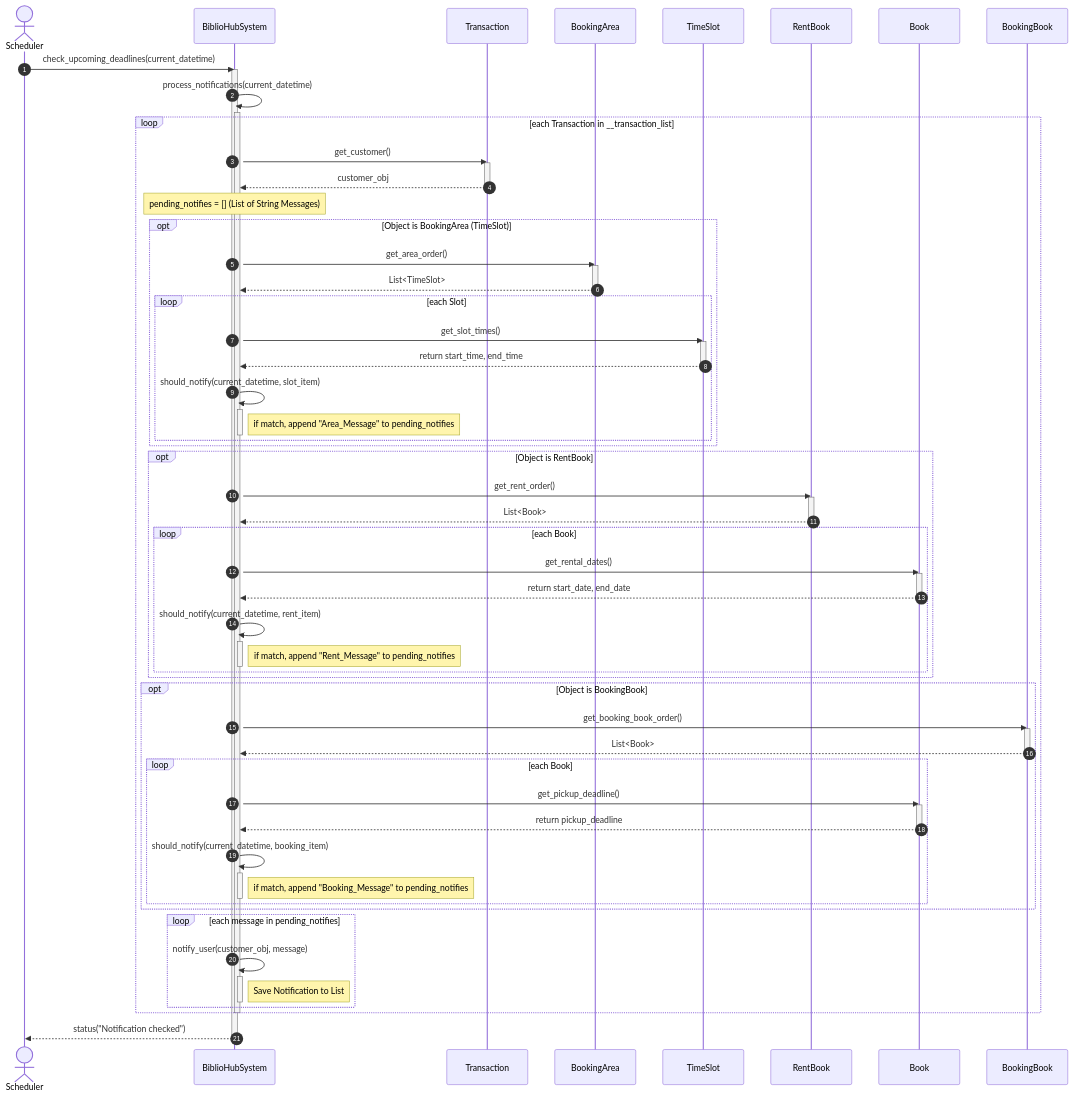
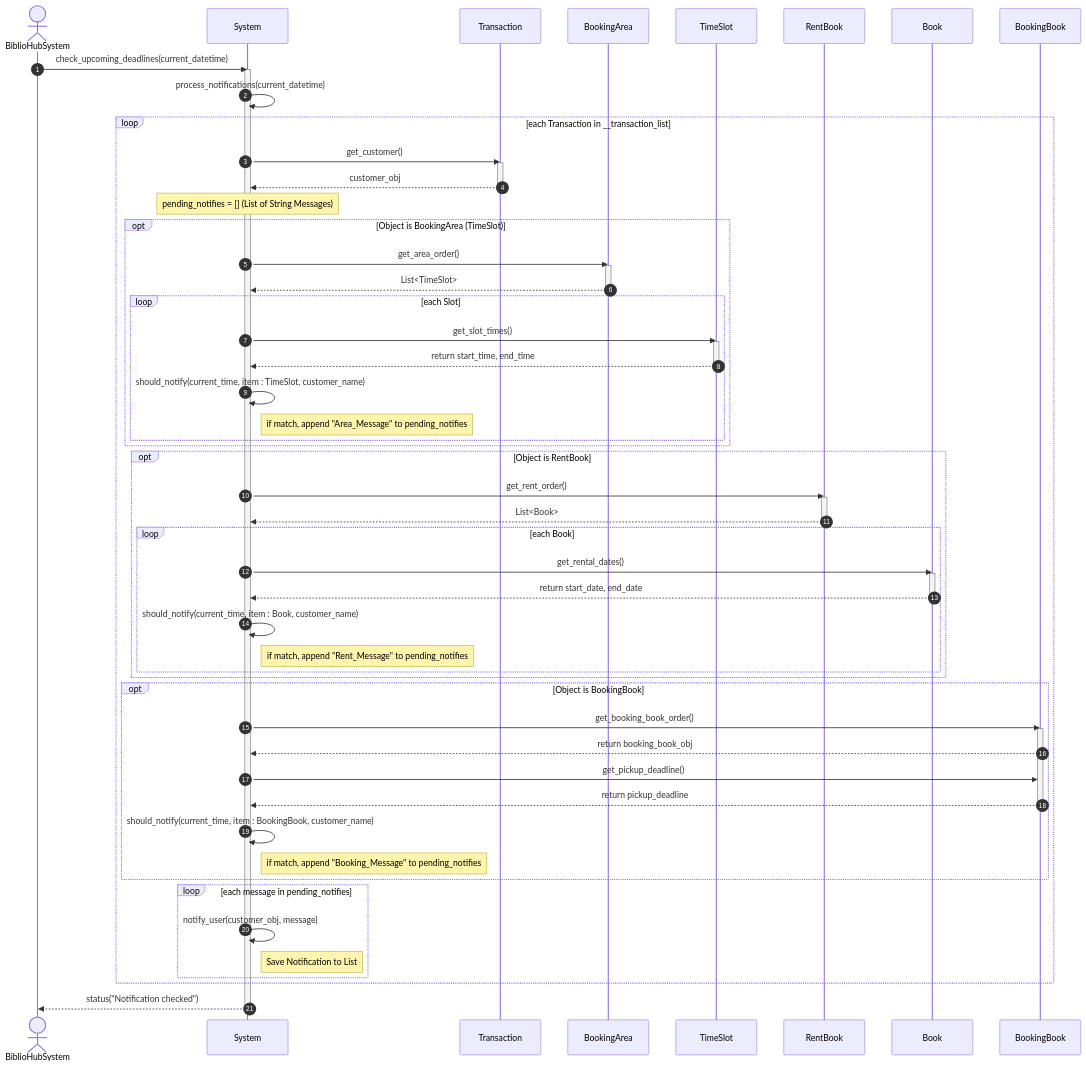
Before and after one commit to NadtaphumBadkhunthod/OOP: the diagram in mermaid/seq_notification.mmd, drawn with Mermaid.

Commit message:
edid seq_notification

```diff
--- a/mermaid/seq_notification.mmd
+++ b/mermaid/seq_notification.mmd
@@ -1,89 +1,80 @@
 sequenceDiagram
     autonumber
-    actor SCH as Scheduler
-    participant SYS as BiblioHubSystem
+    actor S as BiblioHubSystem
+    participant SYS as System
     participant TS as Transaction
     participant BA as BookingArea
     participant TM as TimeSlot
     participant RB as RentBook
     participant B as Book
     participant BB as BookingBook
 
-    SCH->>SYS: check_upcoming_deadlines(current_datetime)
+    S->>SYS: check_upcoming_deadlines(current_datetime)
     activate SYS
 
     SYS->>SYS: process_notifications(current_datetime)
-    activate SYS
 
     loop each Transaction in __transaction_list
         SYS->>TS: get_customer()
         activate TS
         TS-->>SYS: customer_obj
         deactivate TS
 
         Note over SYS: pending_notifies = [] (List of String Messages)
 
         opt Object is BookingArea (TimeSlot)
             SYS->>BA: get_area_order()
             activate BA
             BA-->>SYS: List<TimeSlot>
             deactivate BA
+
             loop each Slot
                 SYS->>TM: get_slot_times()
                 activate TM
                 TM-->>SYS: return start_time, end_time
                 deactivate TM
-                SYS->>SYS: should_notify(current_datetime, slot_item)
-                activate SYS
+
+                SYS->>SYS: should_notify(current_time, item : TimeSlot, customer_name)
                 Note right of SYS: if match, append "Area_Message" to pending_notifies
-                deactivate SYS
             end
         end
 
         opt Object is RentBook
             SYS->>RB: get_rent_order()
             activate RB
             RB-->>SYS: List<Book>
             deactivate RB
+
             loop each Book
                 SYS->>B: get_rental_dates()
                 activate B
                 B-->>SYS: return start_date, end_date
                 deactivate B
-                SYS->>SYS: should_notify(current_datetime, rent_item)
-                activate SYS
+
+                SYS->>SYS: should_notify(current_time, item : Book, customer_name)
                 Note right of SYS: if match, append "Rent_Message" to pending_notifies
-                deactivate SYS
             end
         end
 
         opt Object is BookingBook
             SYS->>BB: get_booking_book_order()
             activate BB
-            BB-->>SYS: List<Book>
+            BB-->>SYS: return booking_book_obj
+
+            SYS->>BB: get_pickup_deadline()
+            BB-->>SYS: return pickup_deadline
             deactivate BB
-            loop each Book
-                SYS->>B: get_pickup_deadline()
-                activate B
-                B-->>SYS: return pickup_deadline
-                deactivate B
-                SYS->>SYS: should_notify(current_datetime, booking_item)
-                activate SYS
-                Note right of SYS: if match, append "Booking_Message" to pending_notifies
-                deactivate SYS
-            end
+
+            SYS->>SYS: should_notify(current_time, item : BookingBook, customer_name)
+            Note right of SYS: if match, append "Booking_Message" to pending_notifies
         end
 
         loop each message in pending_notifies
             SYS->>SYS: notify_user(customer_obj, message)
-            activate SYS
             Note right of SYS: Save Notification to List
-            deactivate SYS
         end
 
     end
 
+    SYS-->>S: status("Notification checked")
     deactivate SYS
-
-    SYS-->>SCH: status("Notification checked")
-    deactivate SYS
```
